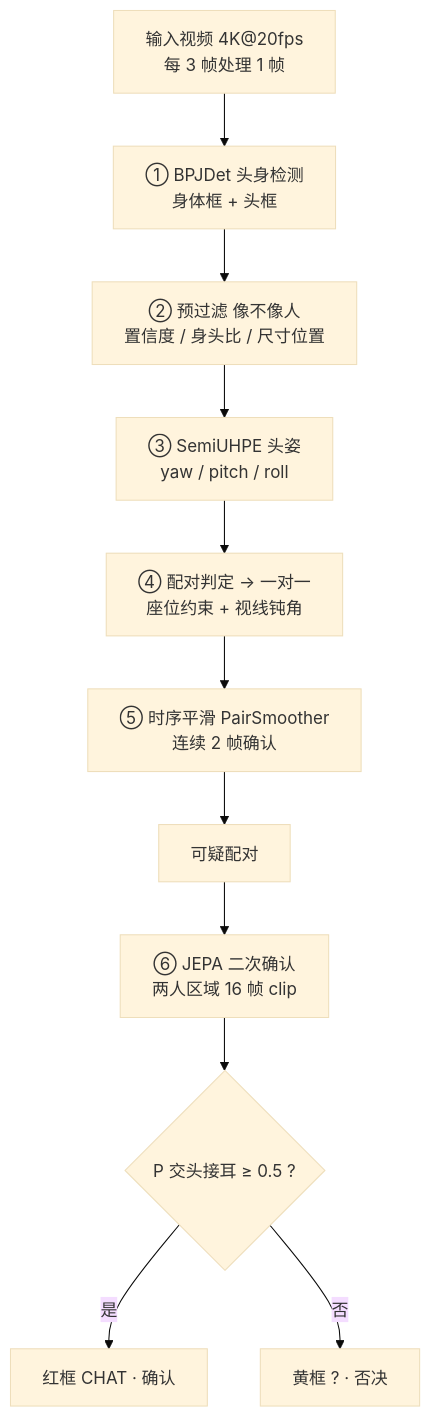
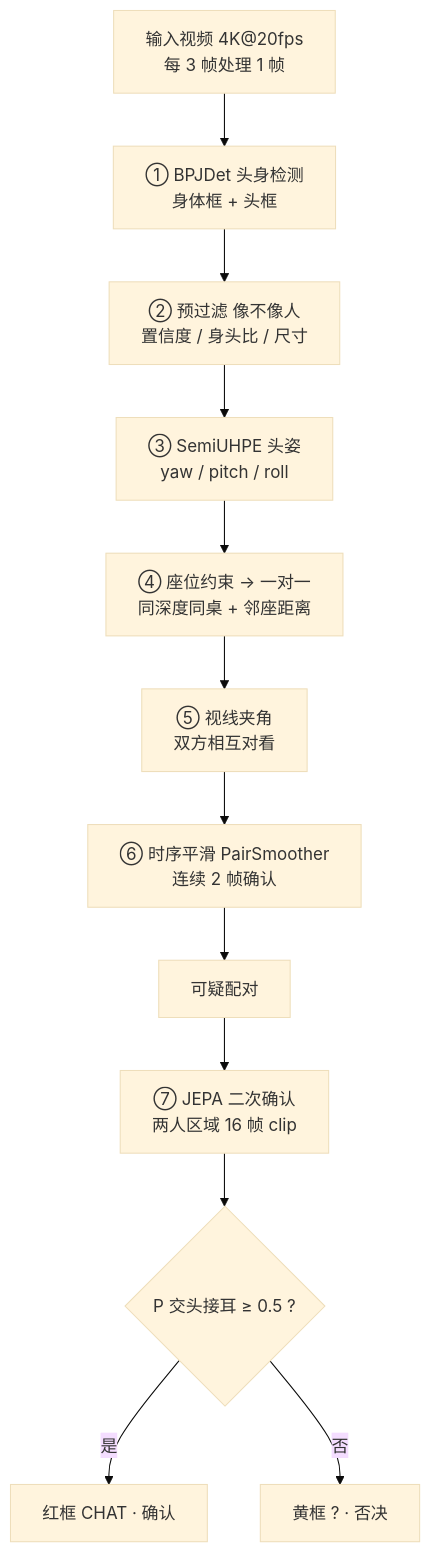
The diagram in docs/交头接耳检测判别逻辑.md (zjh070531-web/chat), drawn with Mermaid (base theme) before and after one commit. The commit also changed other lines of this file and 17 other files, not shown here.

````diff
--- a/docs/交头接耳检测判别逻辑.md
+++ b/docs/交头接耳检测判别逻辑.md
@@ -15,13 +18,14 @@
 ```mermaid
 flowchart TB
     A[输入视频 4K@20fps<br/>每 3 帧处理 1 帧] --> B[① BPJDet 头身检测<br/>身体框 + 头框]
-    B --> C[② 预过滤 像不像人<br/>置信度 / 身头比 / 尺寸位置]
+    B --> C[② 预过滤 像不像人<br/>置信度 / 身头比 / 尺寸]
     C --> D[③ SemiUHPE 头姿<br/>yaw / pitch / roll]
-    D --> E[④ 配对判定 → 一对一<br/>座位约束 + 视线钝角]
-    E --> F[⑤ 时序平滑 PairSmoother<br/>连续 2 帧确认]
-    F --> G[可疑配对]
-    G --> H[⑥ JEPA 二次确认<br/>两人区域 16 帧 clip]
-    H --> I{P 交头接耳 ≥ 0.5 ?}
-    I -->|是| J[红框 CHAT · 确认]
-    I -->|否| K[黄框 ? · 否决]
+    D --> E[④ 座位约束 → 一对一<br/>同深度同桌 + 邻座距离]
+    E --> F[⑤ 视线夹角<br/>双方相互对看]
+    F --> G[⑥ 时序平滑 PairSmoother<br/>连续 2 帧确认]
+    G --> H[可疑配对]
+    H --> I[⑦ JEPA 二次确认<br/>两人区域 16 帧 clip]
+    I --> J{P 交头接耳 ≥ 0.5 ?}
+    J -->|是| K[红框 CHAT · 确认]
+    J -->|否| L[黄框 ? · 否决]
 ```
````
